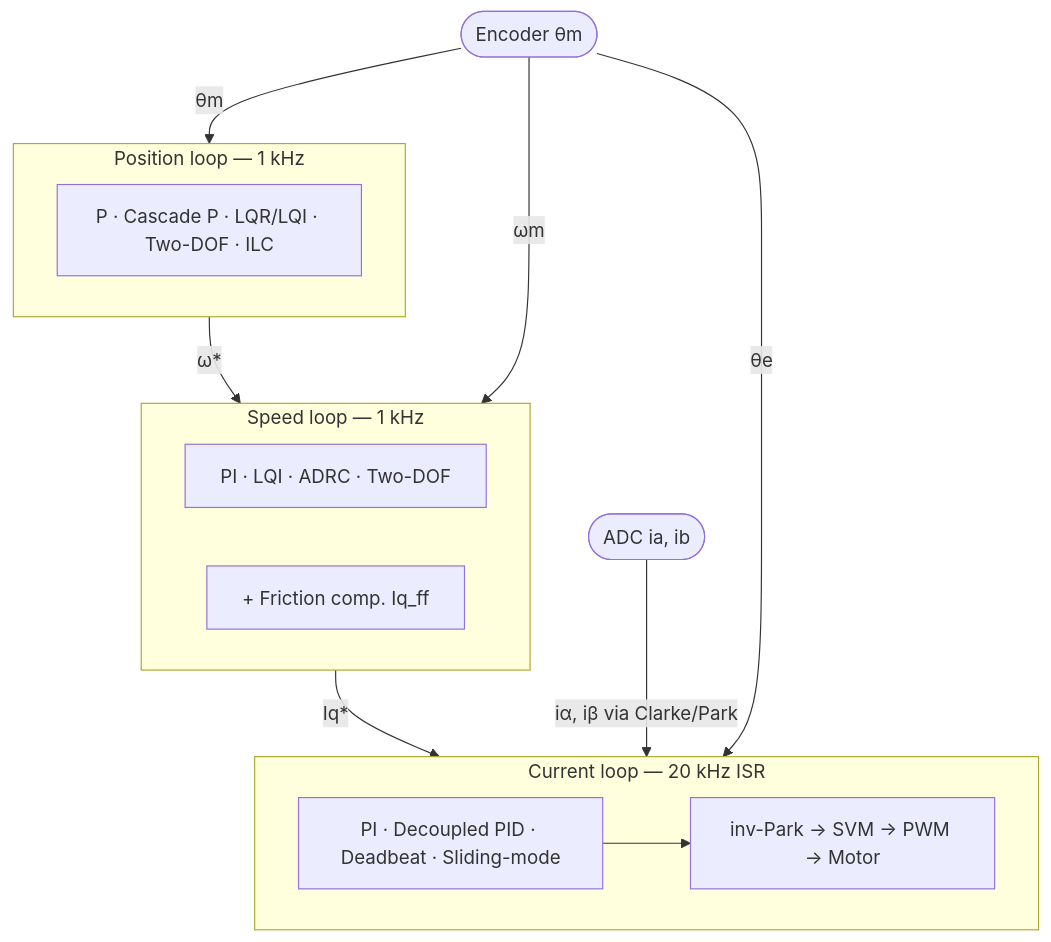
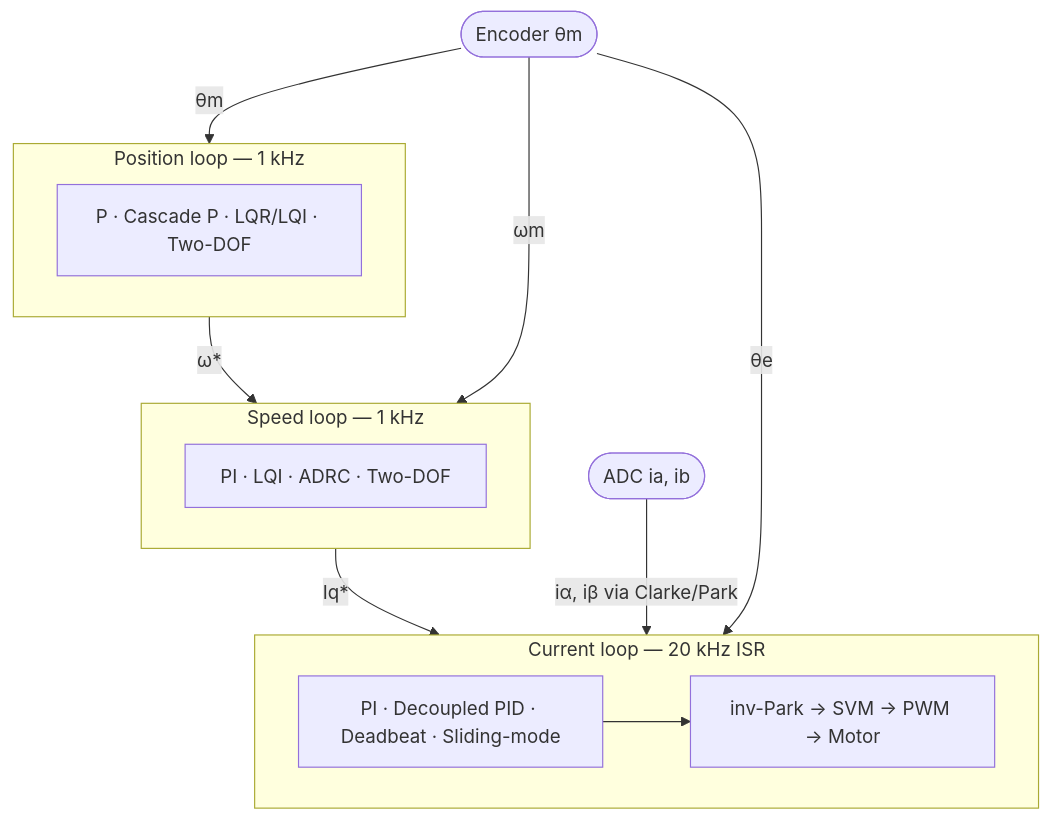
Before and after one commit to embedded-pro/e-foc: the first of 2 diagrams in documentation/theory/advanced-controllers.md, drawn with Mermaid. The commit also changed other lines of this file and 24 other files, not shown here.

````diff
--- a/documentation/theory/advanced-controllers.md
+++ b/documentation/theory/advanced-controllers.md
@@ -40,23 +40,22 @@
 ```mermaid
 graph TD
     ENC(["Encoder θm"])
     ADC(["ADC ia, ib"])
     subgraph POS["Position loop — 1 kHz"]
-        PC["P · Cascade P · LQR/LQI · Two-DOF · ILC"]
+        PC["P · Cascade P · LQR/LQI · Two-DOF"]
     end
     subgraph SPD["Speed loop — 1 kHz"]
         SC["PI · LQI · ADRC · Two-DOF"]
-        FC["+ Friction comp. Iq_ff"]
     end
     subgraph CUR["Current loop — 20 kHz ISR"]
         CC["PI · Decoupled PID · Deadbeat · Sliding-mode"]
         SVM["inv-Park → SVM → PWM → Motor"]
     end
     POS -->|"ω*"| SPD
     SPD -->|"Iq*"| CUR
     CC --> SVM
     ADC -->|"iα, iβ via Clarke/Park"| CUR
     ENC -->|"θe"| CUR
     ENC -->|"ωm"| SPD
     ENC -->|"θm"| POS
 ```
````
